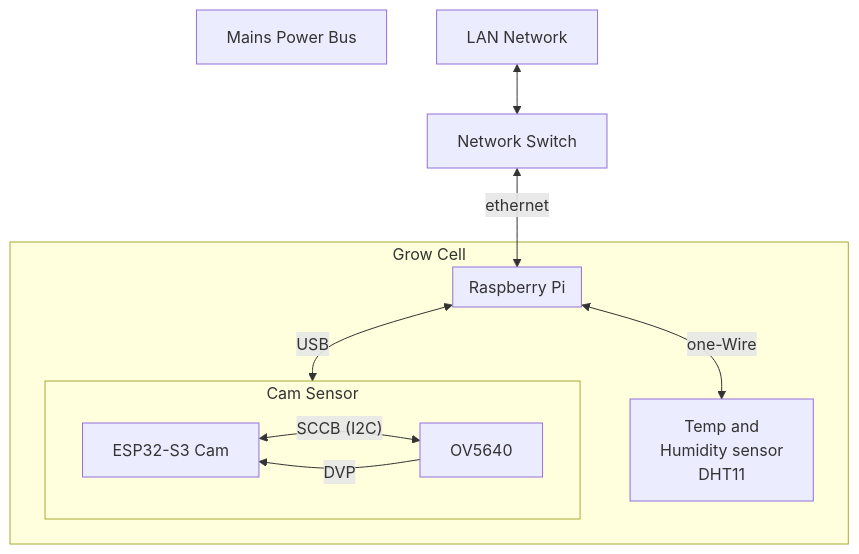
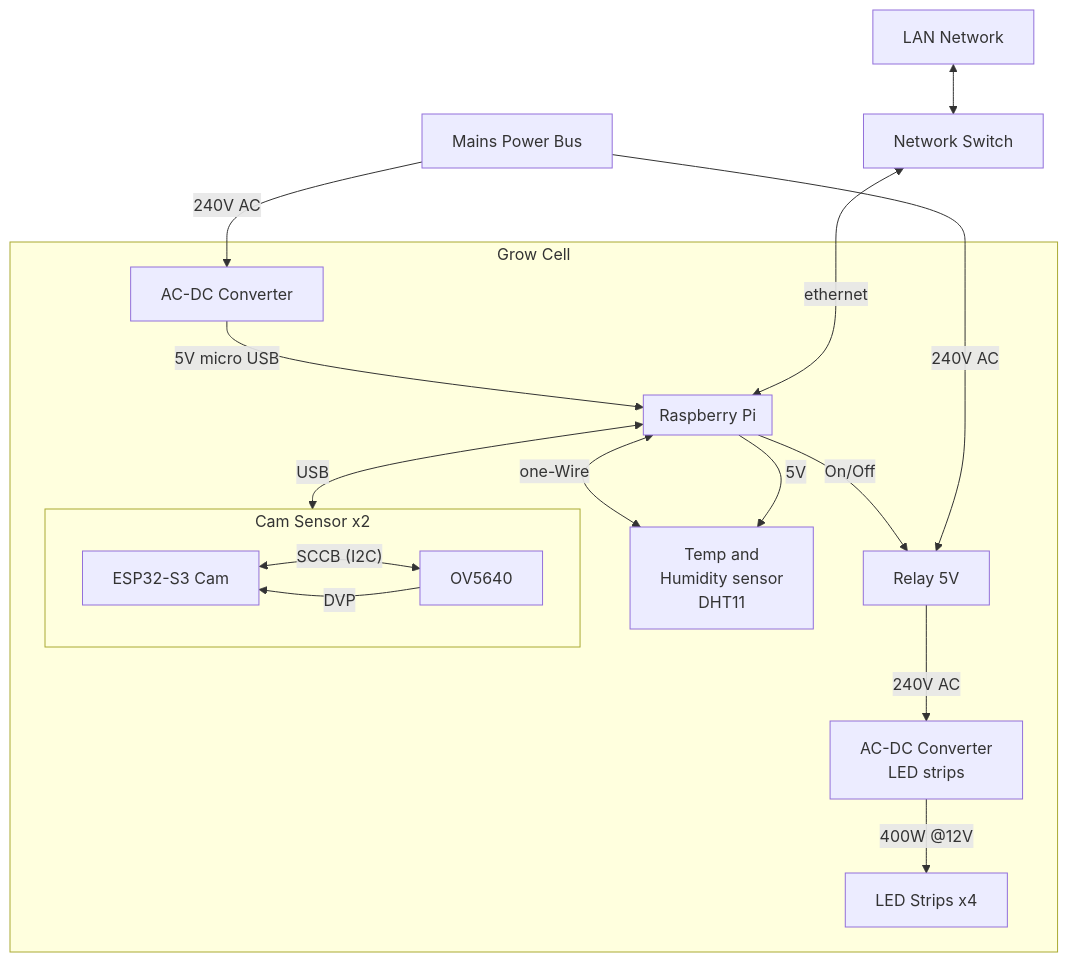
One commit to NotAlias/COMP4001-vert-farm changed the fourth of 5 diagrams in mermaid.md. Above: the diagram before and after it, drawn with Mermaid.

Commit message:
Mermaid model of Cell

````diff
--- a/mermaid.md
+++ b/mermaid.md
@@ -113,32 +113,42 @@
 ```mermaid
 flowchart TD
 powr[Mains Power Bus]
 data[LAN Network]
 
 switch[Network Switch]
 
 data <--> switch
 
 subgraph cell[Grow Cell]
     subgraph compute[Raspberry Pi]
 
     end
 
-    subgraph camera[Cam Sensor]
+    subgraph camera[Cam Sensor x2]
         esp[ESP32-S3 Cam]
         ov[OV5640]
         esp<--SCCB (I2C)-->ov
         ov--DVP-->esp
     end
 
     dht11[Temp and 
         Humidity sensor
         DHT11]
+    acdc[AC-DC Converter]
+    relay[Relay 5V]
+    acdcLED[AC-DC Converter
+        LED strips]
+    LEDs[LED Strips x4]
 
-
+    relay --240V AC--> acdcLED --400W @12V --> LEDs
+    compute --On/Off--> relay
+    acdc --5V micro USB--> compute
     compute <--USB--> camera
     compute <-- one-Wire--> dht11
+    compute --5V--> dht11
 end
 
-switch <--ethernet--> compute
+powr --240V AC--> acdc
+powr --240V AC--> relay
+switch <--ethernet---> compute
 ```
````
